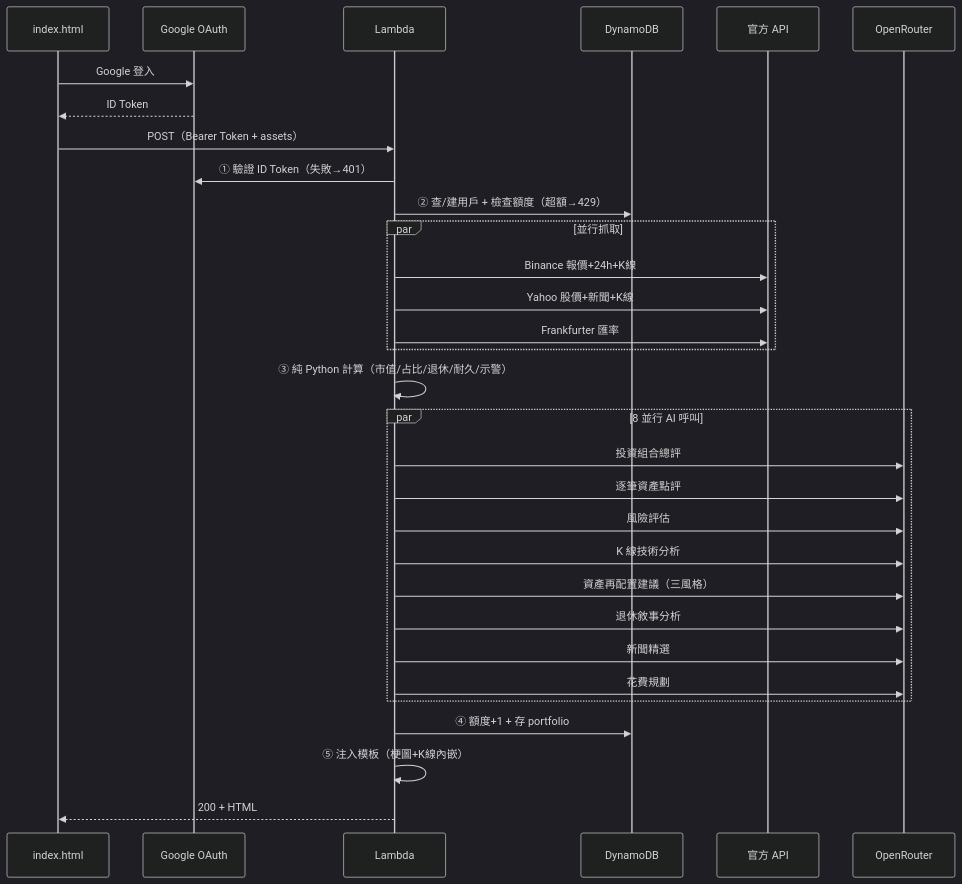
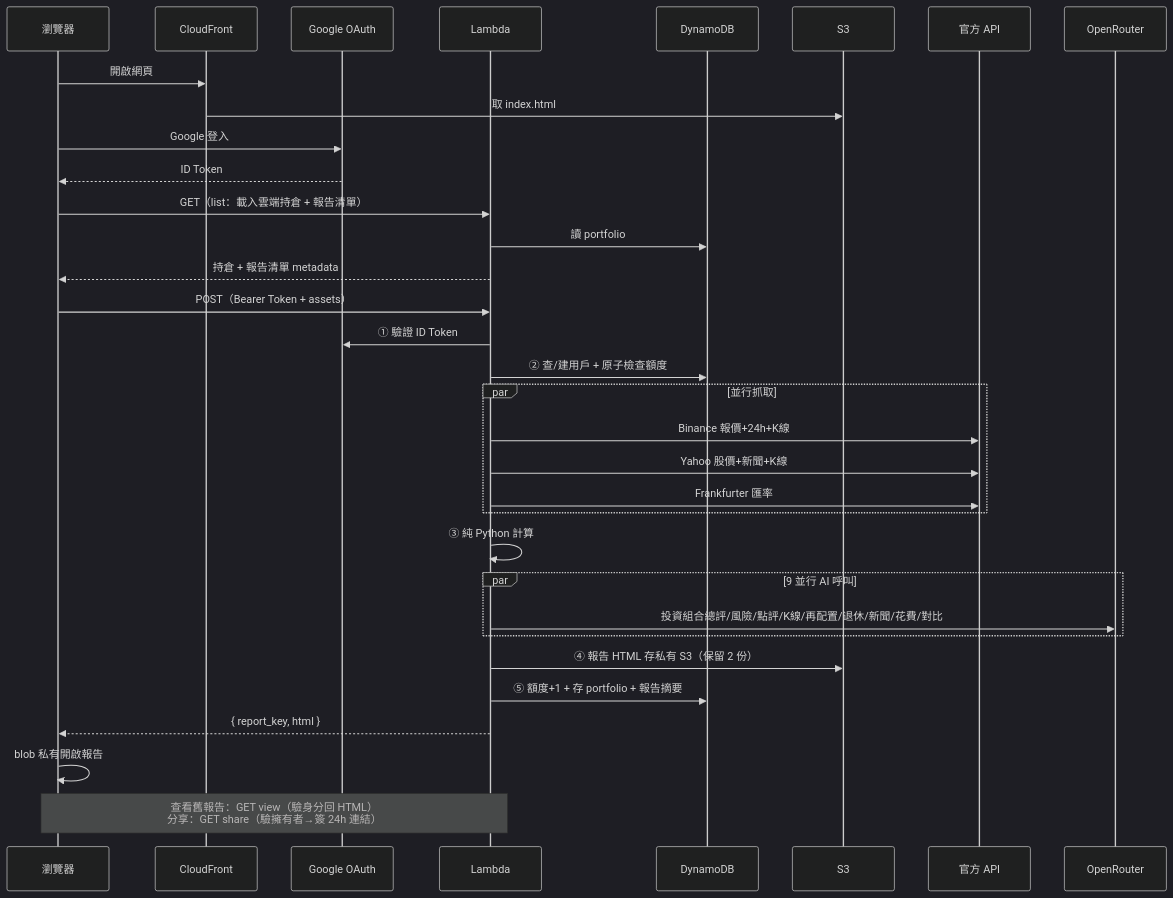
Before and after one commit to burma2005/asset-report-bot: the third of 3 diagrams in README.md, drawn with Mermaid. The commit also changed other lines of this file and 7 other files, not shown here.

First line of the commit message:
feat: 階段3 前端上 S3+CloudFront + 私有報告/分享 + 資安強化

````diff
--- a/README.md
+++ b/README.md
@@ -83,35 +114,37 @@
 ```mermaid
 %%{init: {'theme':'dark', 'themeVariables': {'fontSize':'18px'}}}%%
 sequenceDiagram
-    participant U as index.html
+    participant U as 瀏覽器
+    participant CF as CloudFront
     participant G as Google OAuth
     participant L as Lambda
     participant DB as DynamoDB
+    participant S3 as S3
     participant API as 官方 API
     participant AI as OpenRouter
 
+    U->>CF: 開啟網頁
+    CF->>S3: 取 index.html
     U->>G: Google 登入
     G-->>U: ID Token
+    U->>L: GET（list：載入雲端持倉 + 報告清單）
+    L->>DB: 讀 portfolio
+    L-->>U: 持倉 + 報告清單 metadata
     U->>L: POST（Bearer Token + assets）
-    L->>G: ① 驗證 ID Token（失敗→401）
-    L->>DB: ② 查/建用戶 + 檢查額度（超額→429）
+    L->>G: ① 驗證 ID Token
+    L->>DB: ② 查/建用戶 + 原子檢查額度
     par 並行抓取
         L->>API: Binance 報價+24h+K線
         L->>API: Yahoo 股價+新聞+K線
         L->>API: Frankfurter 匯率
     end
-    L->>L: ③ 純 Python 計算（市值/占比/退休/耐久/示警）
-    par 8 並行 AI 呼叫
-        L->>AI: 投資組合總評
-        L->>AI: 逐筆資產點評
-        L->>AI: 風險評估
-        L->>AI: K 線技術分析
-        L->>AI: 資產再配置建議（三風格）
-        L->>AI: 退休敘事分析
-        L->>AI: 新聞精選
-        L->>AI: 花費規劃
+    L->>L: ③ 純 Python 計算
+    par 9 並行 AI 呼叫
+        L->>AI: 投資組合總評/風險/點評/K線/再配置/退休/新聞/花費/對比
     end
-    L->>DB: ④ 額度+1 + 存 portfolio
-    L->>L: ⑤ 注入模板（梗圖+K線內嵌）
-    L-->>U: 200 + HTML
+    L->>S3: ④ 報告 HTML 存私有 S3（保留 2 份）
+    L->>DB: ⑤ 額度+1 + 存 portfolio + 報告摘要
+    L-->>U: { report_key, html }
+    U->>U: blob 私有開啟報告
+    Note over U,L: 查看舊報告：GET view（驗身分回 HTML）<br/>分享：GET share（驗擁有者→簽 24h 連結）
 ```
````
